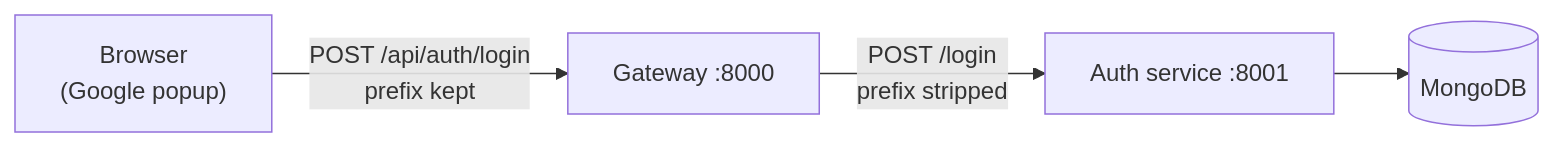
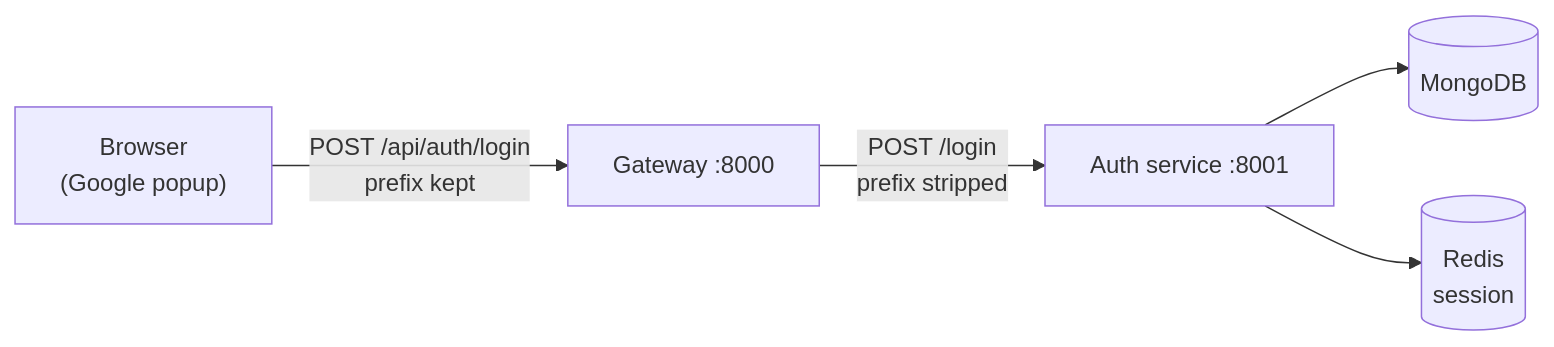
The diagram in docs/frontend/README.md (yamanhassan1/NexPulse), drawn with Mermaid before and after one commit. The commit also changed other lines of this file and 14 other files, not shown here.

First line of the commit message:
feat: implement session management with Redis for login/logout functionality

````diff
--- a/docs/frontend/README.md
+++ b/docs/frontend/README.md
@@ -97,6 +100,7 @@
 ```mermaid
 flowchart LR
     B["Browser<br>(Google popup)"] -->|"POST /api/auth/login<br>prefix kept"| G["Gateway :8000"]
     G -->|"POST /login<br>prefix stripped"| A["Auth service :8001"]
     A --> M[("MongoDB")]
+    A --> R[("Redis<br>session")]
 ```
````
